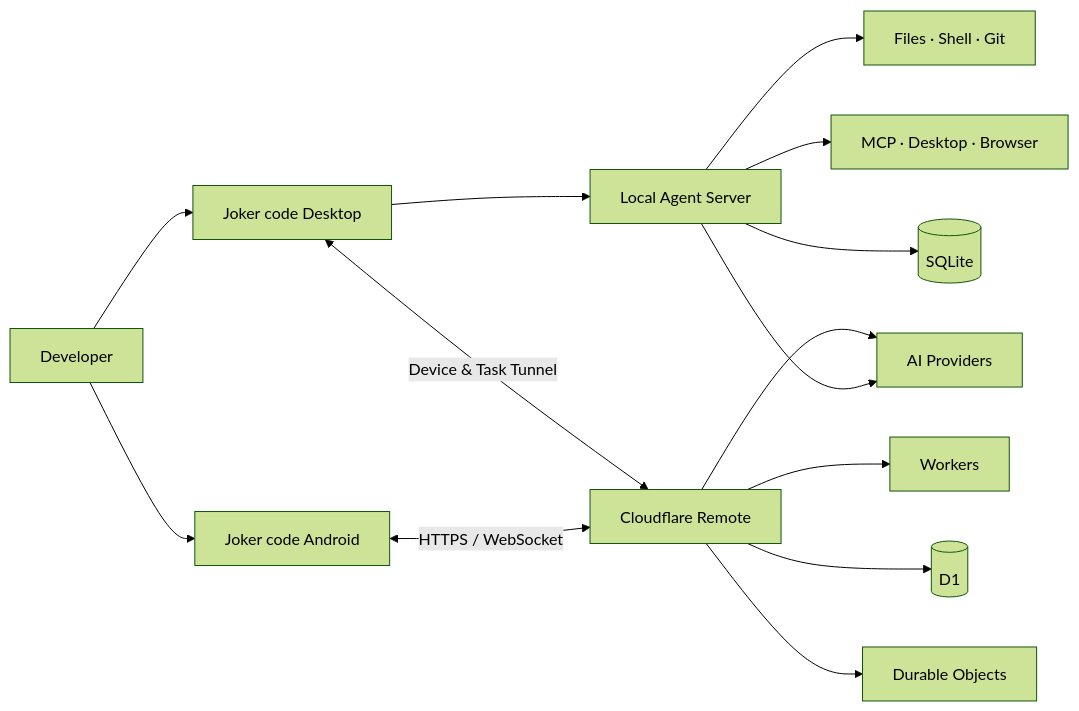
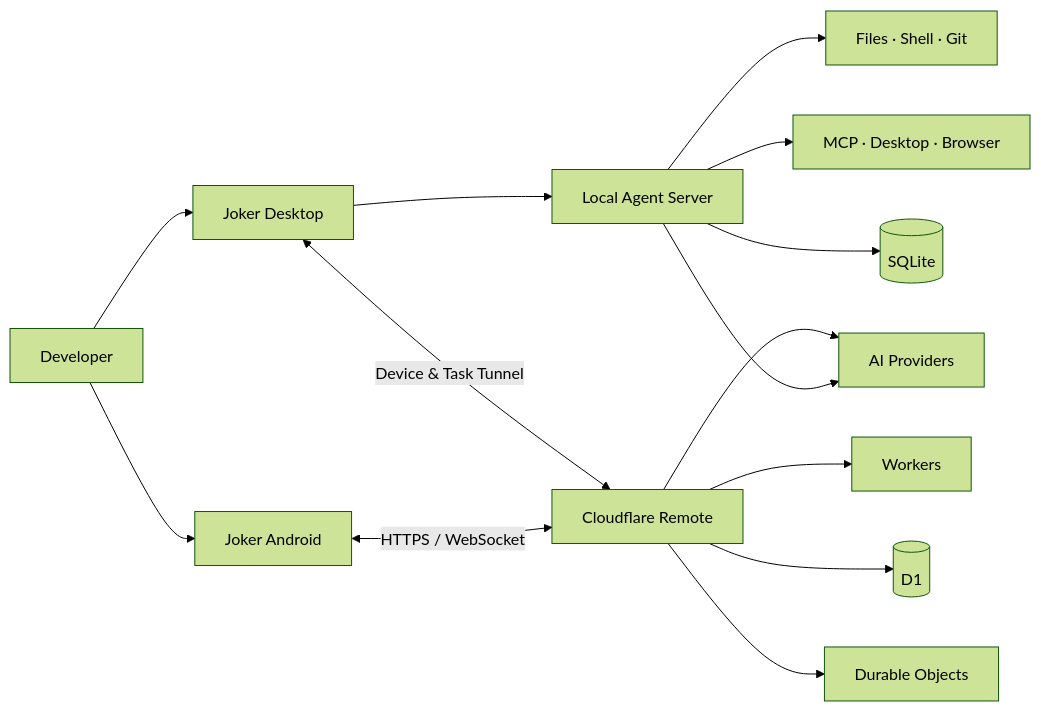
One commit to kdczyz/Joker changed the diagram in README.md. Above: the diagram before and after it, drawn with Mermaid (forest theme). The commit also changed other lines of this file and 21 other files, not shown here.

First line of the commit message:
docs: add centered logo and rename Joker code → Joker; add Cloudflare OAuth settings

````diff
--- a/README.md
+++ b/README.md
@@ -53,18 +55,18 @@
 ```mermaid
 flowchart LR
-    U[Developer] --> D[Joker code Desktop]
-    U --> M[Joker code Android]
+    U[Developer] --> D[Joker Desktop]
+    U --> M[Joker Android]
 
     D --> A[Local Agent Server]
     A --> P[AI Providers]
     A --> T[Files · Shell · Git]
     A --> X[MCP · Desktop · Browser]
     A --> S[(SQLite)]
 
     M <-->|HTTPS / WebSocket| C[Cloudflare Remote]
     D <-->|Device & Task Tunnel| C
     C --> W[Workers]
     C --> DB[(D1)]
     C --> DO[Durable Objects]
     C --> P
 ```
````
